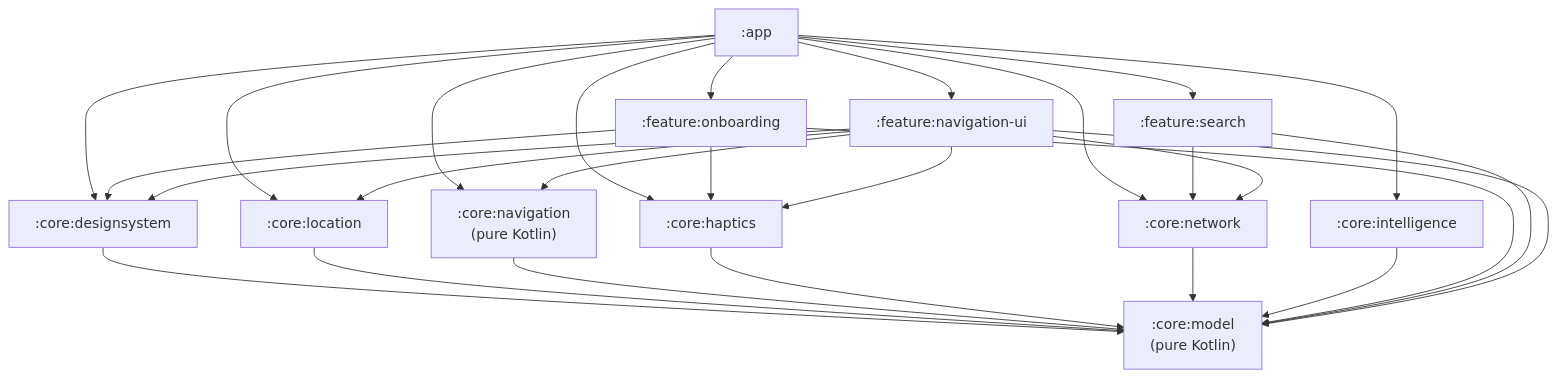
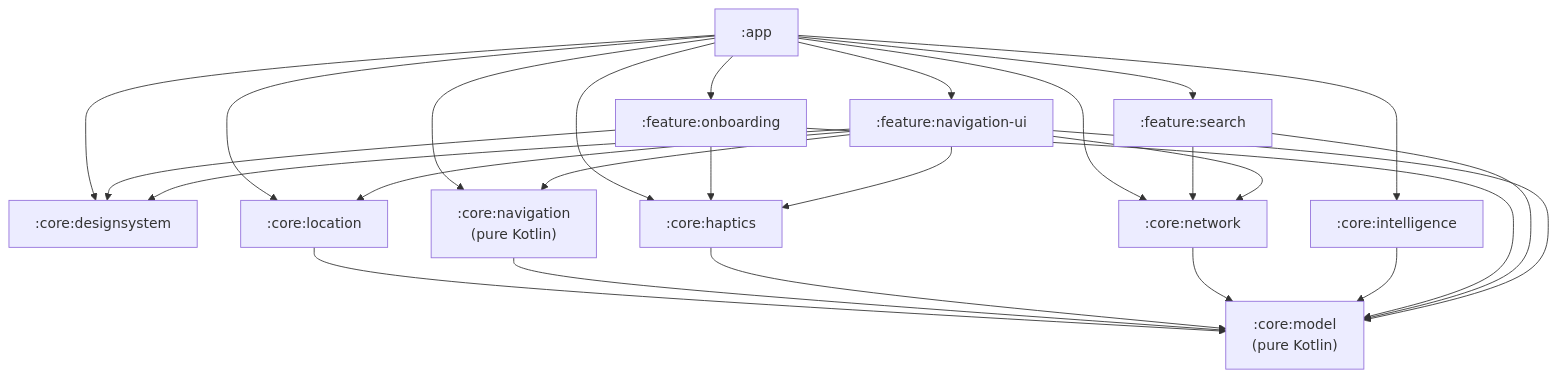
Before and after one commit to Xander-JS/haptiMap_watch: the first of 5 diagrams in ARCHITECTURE.md, drawn with Mermaid. The commit also changed other lines of this file and 116 other files, not shown here.

````diff
--- a/ARCHITECTURE.md
+++ b/ARCHITECTURE.md
@@ -22,23 +22,22 @@
 ```mermaid
 graph TD
     app[":app"]
     onboarding[":feature:onboarding"]
     search[":feature:search"]
     navui[":feature:navigation-ui"]
     ds[":core:designsystem"]
     location[":core:location"]
     navigation[":core:navigation<br/>(pure Kotlin)"]
     haptics[":core:haptics"]
     network[":core:network"]
     intelligence[":core:intelligence"]
     model[":core:model<br/>(pure Kotlin)"]
 
     app --> onboarding & search & navui & ds
     app --> location & navigation & haptics & network & intelligence
     onboarding --> ds & haptics
     search --> network
     navui --> navigation & haptics & network & location & ds
-    ds --> model
     location & navigation & haptics & network & intelligence --> model
     onboarding & search & navui --> model
 ```
````
